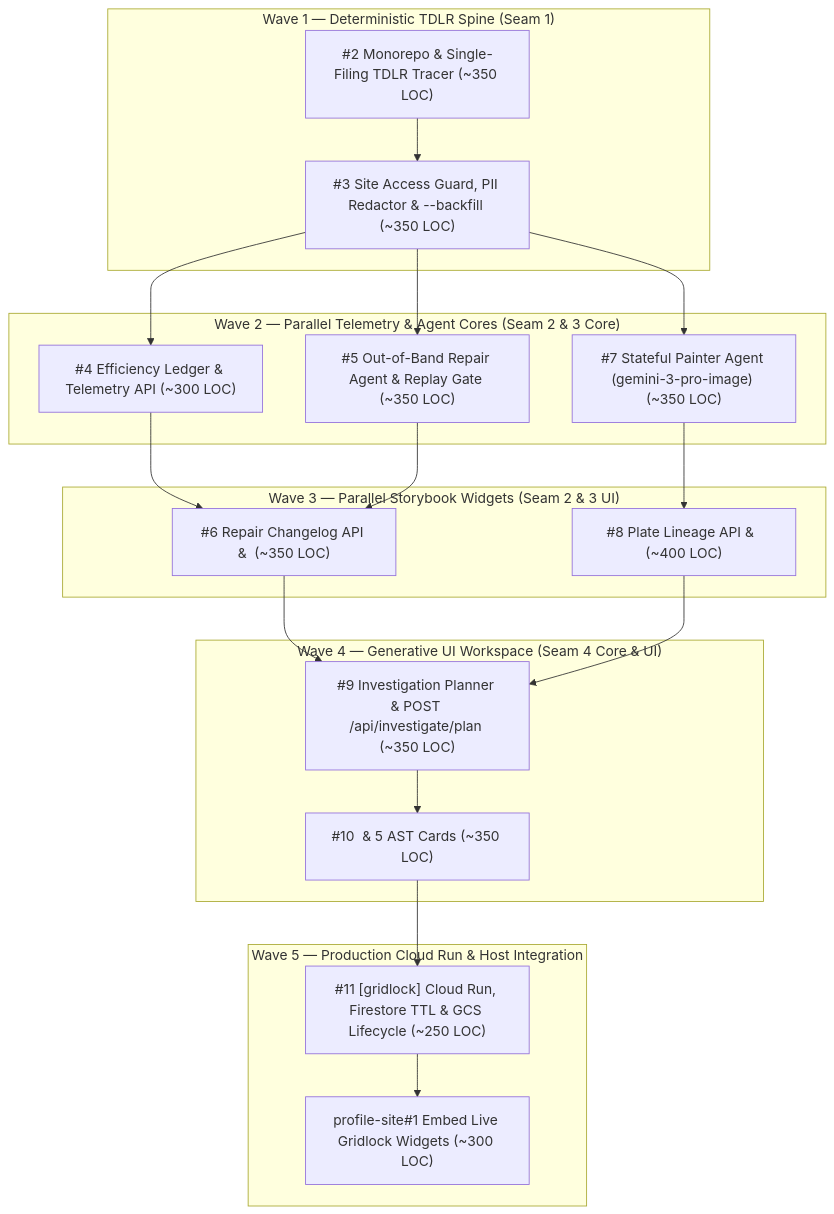
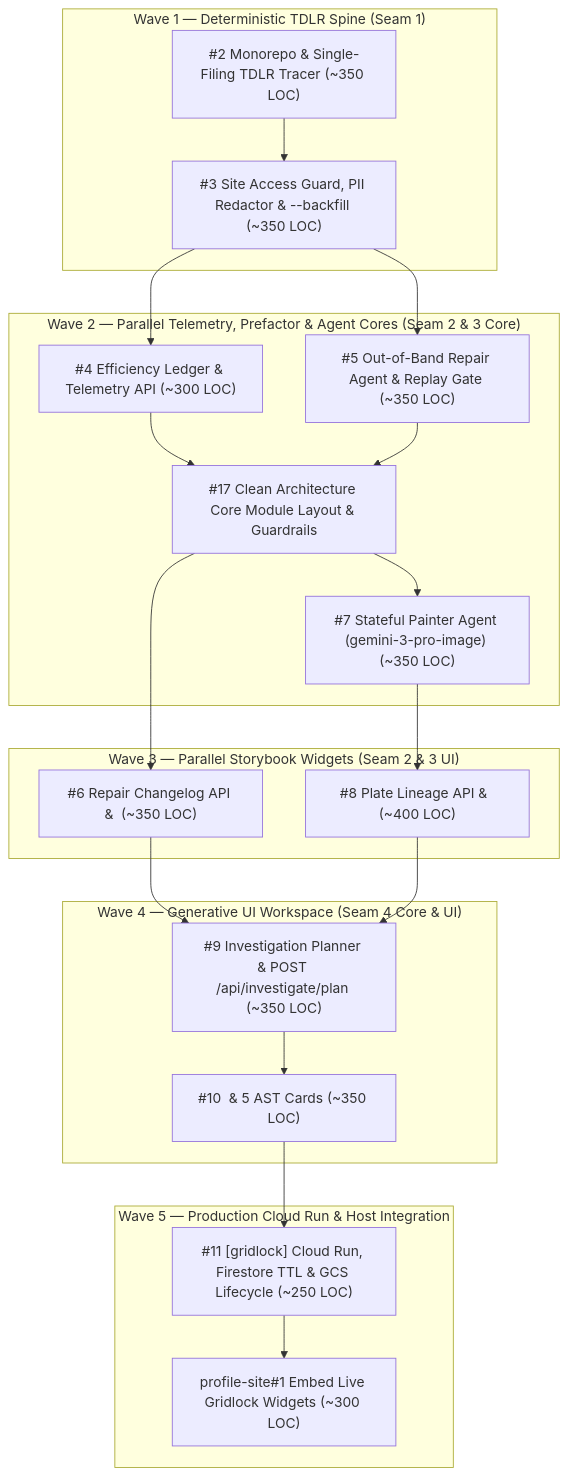
The diagram in ROADMAP.md (samasastudio/gridlock), drawn with Mermaid before and after one commit. The commit also changed other lines of this file and 34 other files, not shown here.

Commit message:
refactor(core): reorganize packages/core into Clean Architecture layers (closes #17)

````diff
--- a/ROADMAP.md
+++ b/ROADMAP.md
@@ -27,29 +27,30 @@
 ```mermaid
 flowchart TD
   subgraph Wave1["Wave 1 — Deterministic TDLR Spine (Seam 1)"]
     T2["#2 Monorepo & Single-Filing TDLR Tracer (~350 LOC)"] --> T3["#3 Site Access Guard, PII Redactor & --backfill (~350 LOC)"]
   end
 
-  subgraph Wave2["Wave 2 — Parallel Telemetry & Agent Cores (Seam 2 & 3 Core)"]
+  subgraph Wave2["Wave 2 — Parallel Telemetry, Prefactor & Agent Cores (Seam 2 & 3 Core)"]
     T3 --> T4["#4 Efficiency Ledger & Telemetry API (~300 LOC)"]
     T3 --> T5["#5 Out-of-Band Repair Agent & Replay Gate (~350 LOC)"]
-    T3 --> T7["#7 Stateful Painter Agent (gemini-3-pro-image) (~350 LOC)"]
+    T4 --> T17["#17 Clean Architecture Core Module Layout & Guardrails"]
+    T5 --> T17
+    T17 --> T7["#7 Stateful Painter Agent (gemini-3-pro-image) (~350 LOC)"]
   end
 
   subgraph Wave3["Wave 3 — Parallel Storybook Widgets (Seam 2 & 3 UI)"]
-    T4 --> T6["#6 Repair Changelog API & <GridlockRepairLogWidget /> (~350 LOC)"]
-    T5 --> T6
+    T17 --> T6["#6 Repair Changelog API & <GridlockRepairLogWidget /> (~350 LOC)"]
     T7 --> T8["#8 Plate Lineage API & <GridlockPlateWidget /> (~400 LOC)"]
   end
 
   subgraph Wave4["Wave 4 — Generative UI Workspace (Seam 4 Core & UI)"]
     T6 --> T9["#9 Investigation Planner & POST /api/investigate/plan (~350 LOC)"]
     T8 --> T9
     T9 --> T10["#10 <GridlockConsoleWidget /> & 5 AST Cards (~350 LOC)"]
   end
 
   subgraph Wave5["Wave 5 — Production Cloud Run & Host Integration"]
     T10 --> T11["#11 [gridlock] Cloud Run, Firestore TTL & GCS Lifecycle (~250 LOC)"]
     T11 --> P1["profile-site#1 Embed Live Gridlock Widgets (~300 LOC)"]
   end
 ```
````
